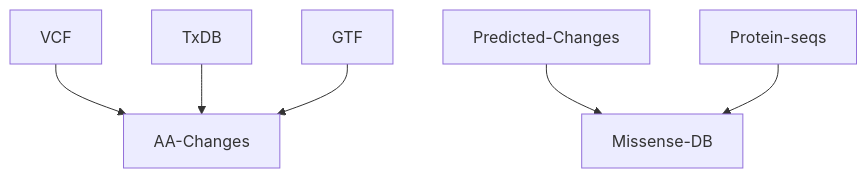
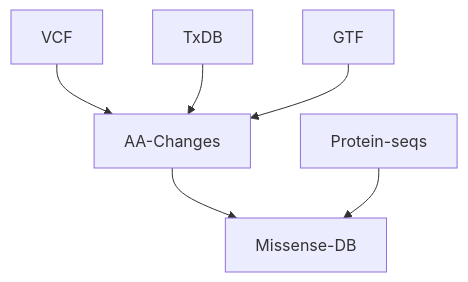
One commit to hdesai17/chemoproteogenomics changed the diagram in README.md. Above: the diagram before and after it, drawn with Mermaid.

````diff
--- a/README.md
+++ b/README.md
@@ -19,8 +19,8 @@
 ```mermaid
 graph TD;
    VCF-->AA-Changes;
    TxDB -->AA-Changes;
    GTF-->AA-Changes;
-   Predicted-Changes-->Missense-DB;
+   AA-Changes-->Missense-DB;
    Protein-seqs-->Missense-DB;
 ```
````
